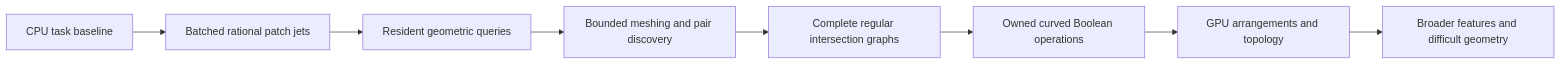
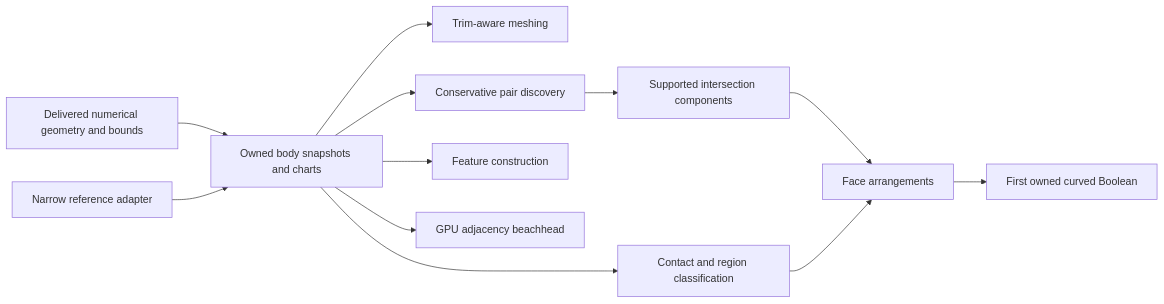
Before and after one commit to antimeme-ai/BRepGPU: the diagram in docs/ACCELERATION_ROADMAP.md, drawn with Mermaid. The commit also changed other lines of this file and 1 other file, not shown here.

Commit message:
docs: establish breadth-first beachheads across kernel themes

````diff
--- a/docs/ACCELERATION_ROADMAP.md
+++ b/docs/ACCELERATION_ROADMAP.md
@@ -18,10 +88,14 @@
 ```mermaid
 flowchart LR
-    A[CPU task baseline] --> B[Batched rational patch jets]
-    B --> C[Resident geometric queries]
-    C --> D[Bounded meshing and pair discovery]
-    D --> E[Complete regular intersection graphs]
-    E --> F[Owned curved Boolean operations]
-    F --> G[GPU arrangements and topology]
-    G --> H[Broader features and difficult geometry]
+    N[Delivered numerical geometry and bounds] --> B[Owned body snapshots and charts]
+    B --> M[Trim-aware meshing]
+    B --> P[Conservative pair discovery]
+    B --> F[Feature construction]
+    B --> C[Contact and region classification]
+    R[Narrow reference adapter] --> B
+    P --> I[Supported intersection components]
+    I --> A[Face arrangements]
+    C --> A
+    A --> S[First owned curved Boolean]
+    B --> G[GPU adjacency beachhead]
 ```
````
